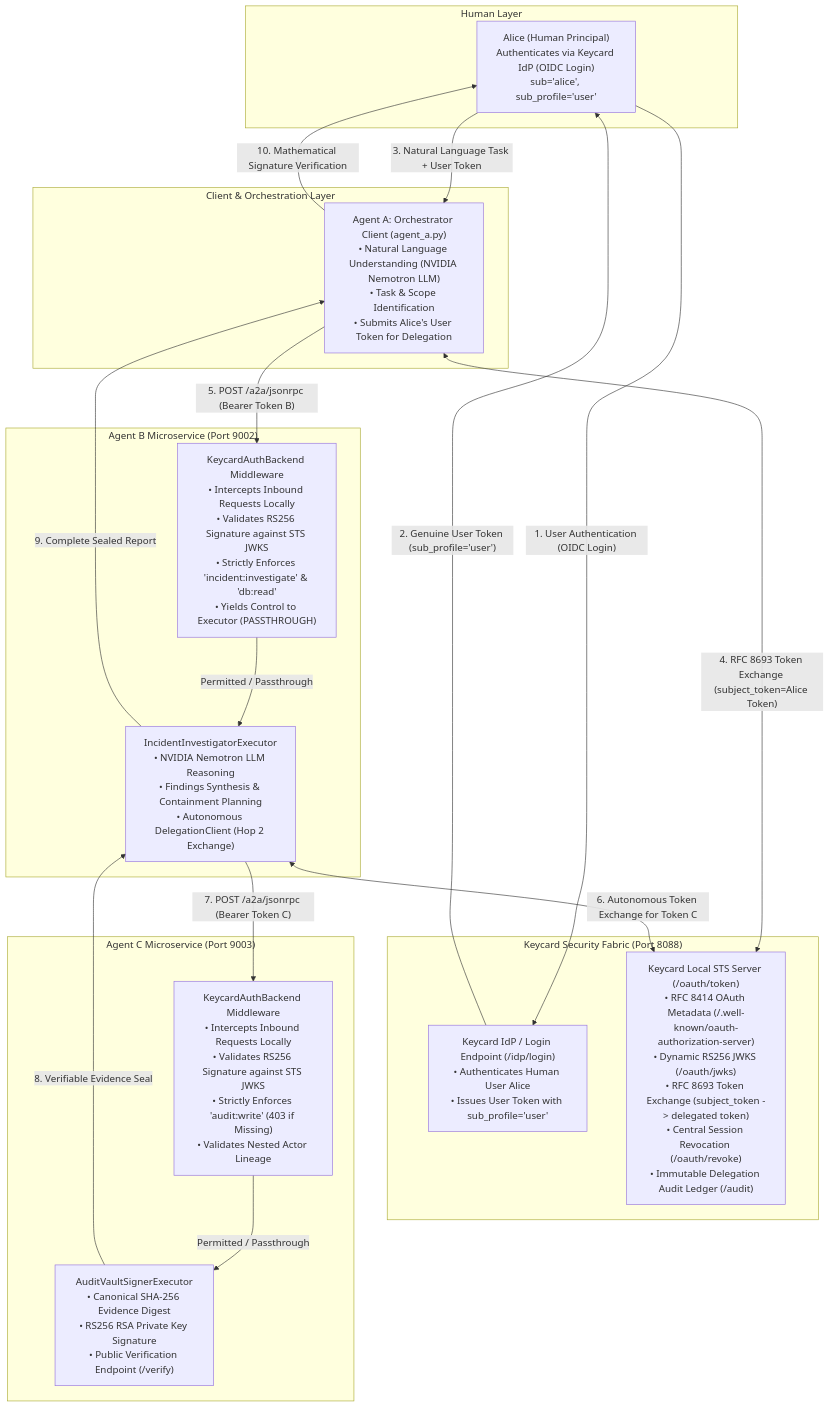
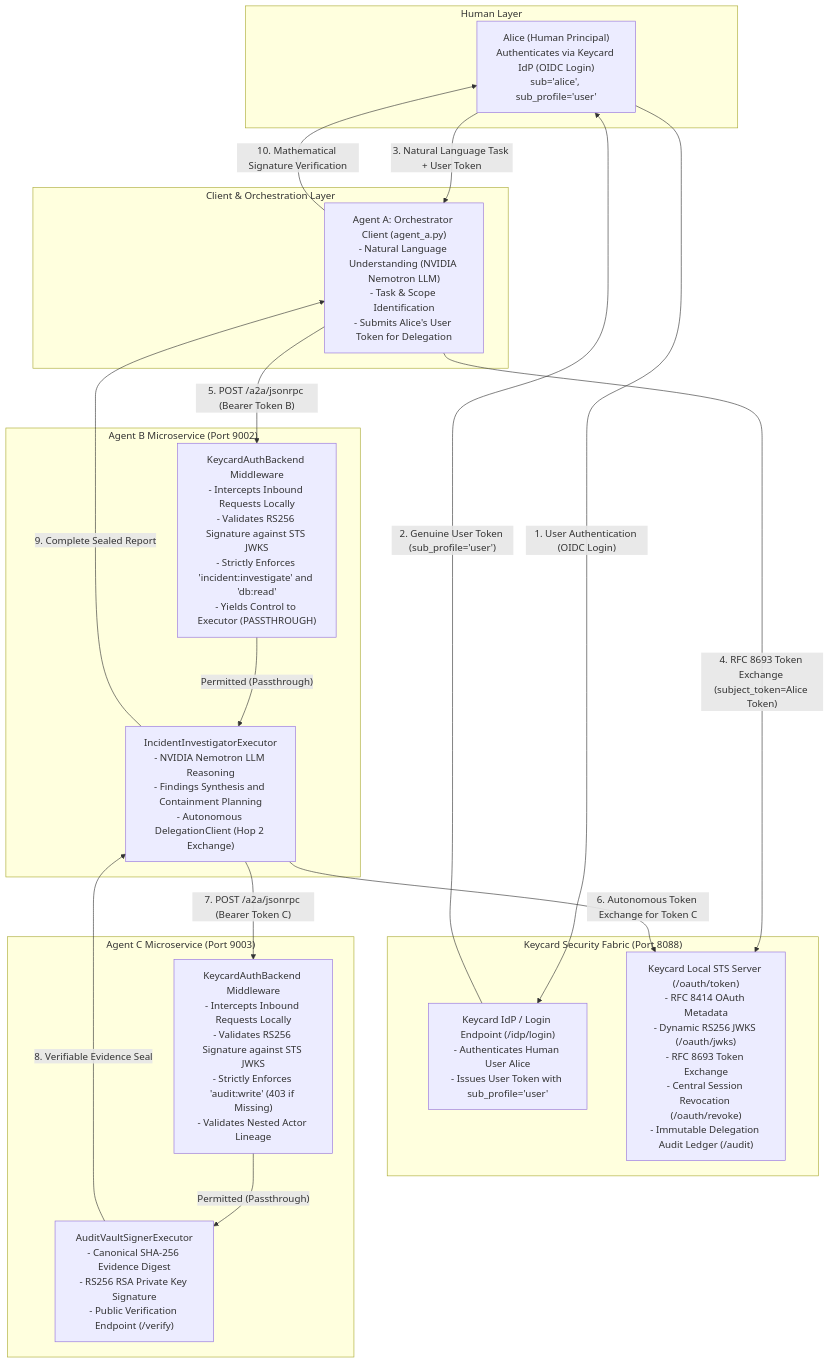
Before and after one commit to Esha420/ax_substrate_test: the first of 3 diagrams in keycard/README.md, drawn with Mermaid. The commit also changed other lines of this file, not shown here.

Commit message:
docs: keycard docs for the keycard process

````diff
--- a/keycard/README.md
+++ b/keycard/README.md
@@ -11,38 +11,38 @@
 ```mermaid
 flowchart TD
     subgraph Human["Human Layer"]
-        Alice["Alice (Human Principal)\nAuthenticates via Keycard IdP (OIDC Login)\nsub='alice', sub_profile='user'"]
+        Alice["Alice (Human Principal)<br/>Authenticates via Keycard IdP (OIDC Login)<br/>sub='alice', sub_profile='user'"]
     end
 
     subgraph Orchestration["Client & Orchestration Layer"]
-        AgentA["Agent A: Orchestrator Client (agent_a.py)\n• Natural Language Understanding (NVIDIA Nemotron LLM)\n• Task & Scope Identification\n• Submits Alice's User Token for Delegation"]
+        AgentA["Agent A: Orchestrator Client (agent_a.py)<br/>- Natural Language Understanding (NVIDIA Nemotron LLM)<br/>- Task & Scope Identification<br/>- Submits Alice's User Token for Delegation"]
     end
 
     subgraph SecurityFabric["Keycard Security Fabric (Port 8088)"]
-        IdP["Keycard IdP / Login Endpoint (/idp/login)\n• Authenticates Human User Alice\n• Issues User Token with sub_profile='user'"]
-        STS["Keycard Local STS Server (/oauth/token)\n• RFC 8414 OAuth Metadata (/.well-known/oauth-authorization-server)\n• Dynamic RS256 JWKS (/oauth/jwks)\n• RFC 8693 Token Exchange (subject_token -> delegated token)\n• Central Session Revocation (/oauth/revoke)\n• Immutable Delegation Audit Ledger (/audit)"]
+        IdP["Keycard IdP / Login Endpoint (/idp/login)<br/>- Authenticates Human User Alice<br/>- Issues User Token with sub_profile='user'"]
+        STS["Keycard Local STS Server (/oauth/token)<br/>- RFC 8414 OAuth Metadata<br/>- Dynamic RS256 JWKS (/oauth/jwks)<br/>- RFC 8693 Token Exchange<br/>- Central Session Revocation (/oauth/revoke)<br/>- Immutable Delegation Audit Ledger (/audit)"]
     end
 
     subgraph AgentB_Service["Agent B Microservice (Port 9002)"]
-        B_MW["KeycardAuthBackend Middleware\n• Intercepts Inbound Requests Locally\n• Validates RS256 Signature against STS JWKS\n• Strictly Enforces 'incident:investigate' & 'db:read'\n• Yields Control to Executor (PASSTHROUGH)"]
-        B_EXEC["IncidentInvestigatorExecutor\n• NVIDIA Nemotron LLM Reasoning\n• Findings Synthesis & Containment Planning\n• Autonomous DelegationClient (Hop 2 Exchange)"]
-        B_MW -->|Permitted / Passthrough| B_EXEC
+        B_MW["KeycardAuthBackend Middleware<br/>- Intercepts Inbound Requests Locally<br/>- Validates RS256 Signature against STS JWKS<br/>- Strictly Enforces 'incident:investigate' and 'db:read'<br/>- Yields Control to Executor (PASSTHROUGH)"]
+        B_EXEC["IncidentInvestigatorExecutor<br/>- NVIDIA Nemotron LLM Reasoning<br/>- Findings Synthesis and Containment Planning<br/>- Autonomous DelegationClient (Hop 2 Exchange)"]
+        B_MW -->|"Permitted (Passthrough)"| B_EXEC
     end
 
     subgraph AgentC_Service["Agent C Microservice (Port 9003)"]
-        C_MW["KeycardAuthBackend Middleware\n• Intercepts Inbound Requests Locally\n• Validates RS256 Signature against STS JWKS\n• Strictly Enforces 'audit:write' (403 if Missing)\n• Validates Nested Actor Lineage"]
-        C_EXEC["AuditVaultSignerExecutor\n• Canonical SHA-256 Evidence Digest\n• RS256 RSA Private Key Signature\n• Public Verification Endpoint (/verify)"]
-        C_MW -->|Permitted / Passthrough| C_EXEC
+        C_MW["KeycardAuthBackend Middleware<br/>- Intercepts Inbound Requests Locally<br/>- Validates RS256 Signature against STS JWKS<br/>- Strictly Enforces 'audit:write' (403 if Missing)<br/>- Validates Nested Actor Lineage"]
+        C_EXEC["AuditVaultSignerExecutor<br/>- Canonical SHA-256 Evidence Digest<br/>- RS256 RSA Private Key Signature<br/>- Public Verification Endpoint (/verify)"]
+        C_MW -->|"Permitted (Passthrough)"| C_EXEC
     end
 
     Alice -->|"1. User Authentication (OIDC Login)"| IdP
     IdP -->|"2. Genuine User Token (sub_profile='user')"| Alice
     Alice -->|"3. Natural Language Task + User Token"| AgentA
-    AgentA <-->|"4. RFC 8693 Token Exchange (subject_token=Alice Token)"| STS
+    AgentA -->|"4. RFC 8693 Token Exchange (subject_token=Alice Token)"| STS
     AgentA -->|"5. POST /a2a/jsonrpc (Bearer Token B)"| B_MW
-    B_EXEC <-->|"6. Autonomous Token Exchange for Token C"| STS
+    B_EXEC -->|"6. Autonomous Token Exchange for Token C"| STS
     B_EXEC -->|"7. POST /a2a/jsonrpc (Bearer Token C)"| C_MW
     C_EXEC -->|"8. Verifiable Evidence Seal"| B_EXEC
     B_EXEC -->|"9. Complete Sealed Report"| AgentA
     AgentA -->|"10. Mathematical Signature Verification"| Alice
 ```
````
